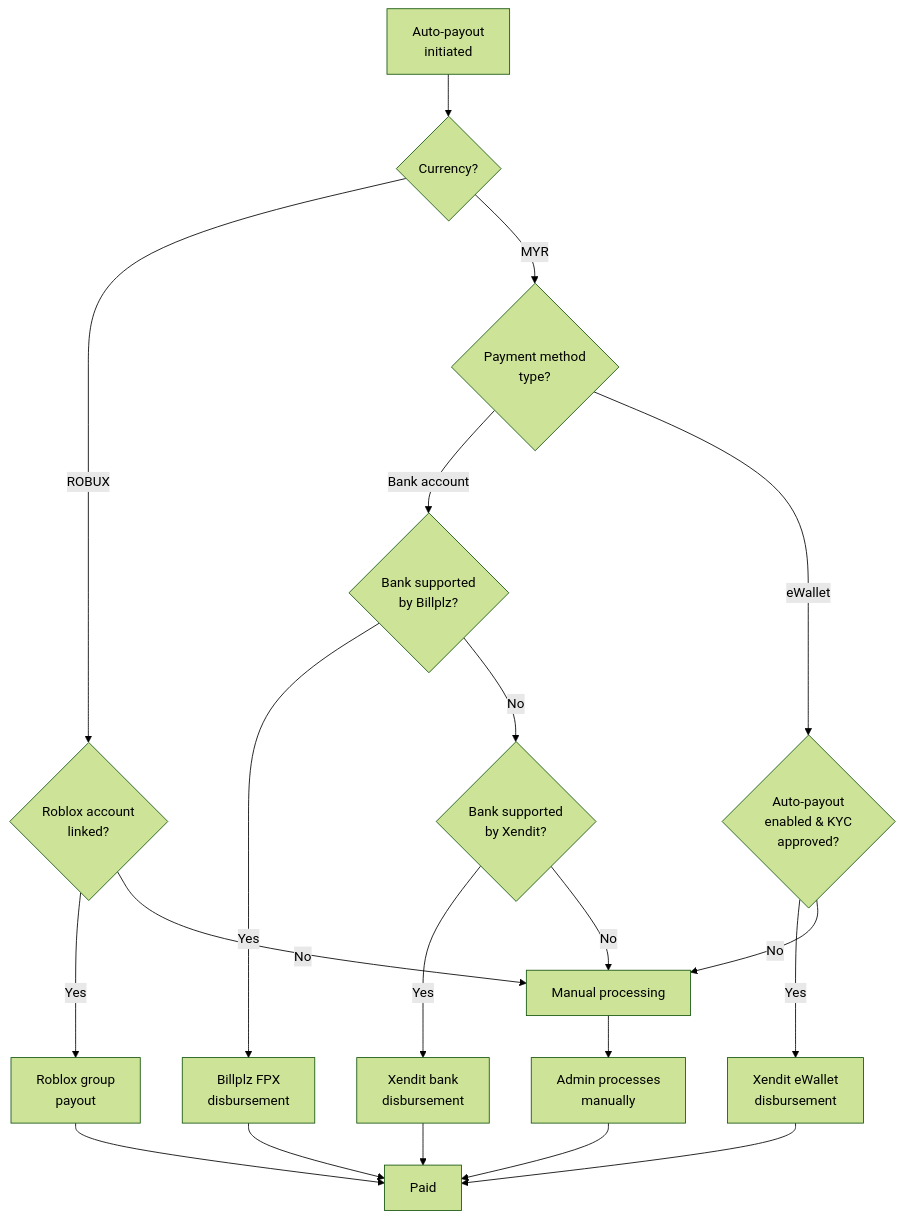
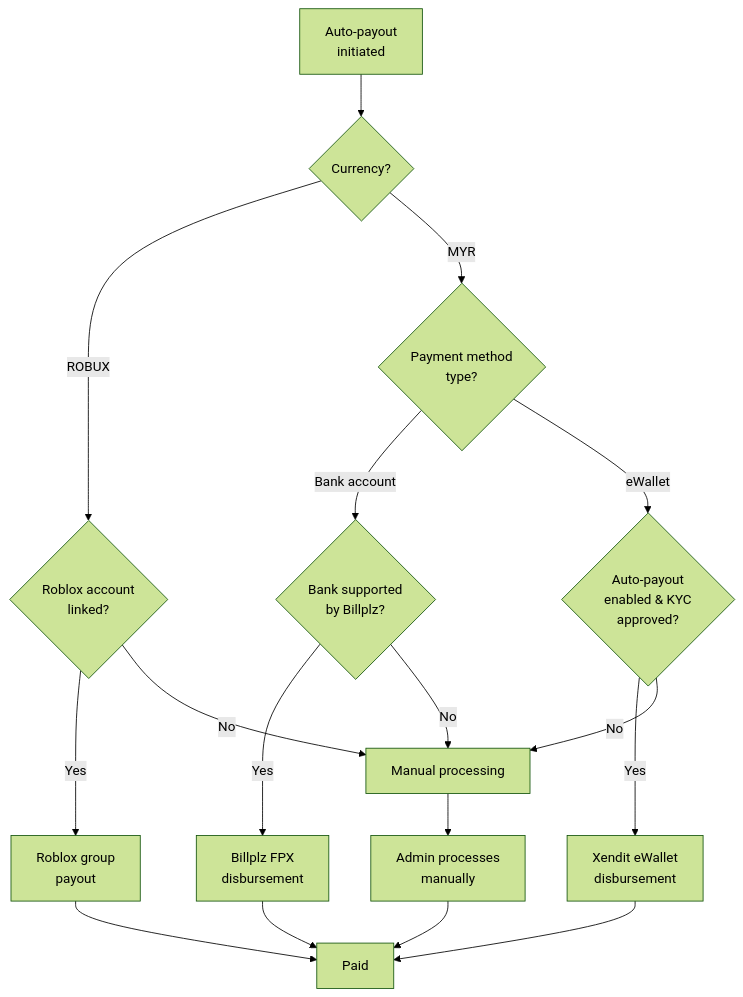
The second of 3 diagrams in src/documents/payment-flow.md (mysverse/devhub), drawn with Mermaid (forest theme) before and after one commit. The commit also changed other lines of this file and 5 other files, not shown here.

````diff
--- a/src/documents/payment-flow.md
+++ b/src/documents/payment-flow.md
@@ -40,22 +40,19 @@
 ```mermaid
 flowchart TD
     A[Auto-payout<br/>initiated] --> B{Currency?}
     B -->|ROBUX| C{Roblox account<br/>linked?}
     C -->|Yes| D[Roblox group<br/>payout]
     C -->|No| E[Manual processing]
     B -->|MYR| F{Payment method<br/>type?}
     F -->|Bank account| G{Bank supported<br/>by Billplz?}
     G -->|Yes| H[Billplz FPX<br/>disbursement]
-    G -->|No| I{Bank supported<br/>by Xendit?}
-    I -->|Yes| J[Xendit bank<br/>disbursement]
-    I -->|No| E
+    G -->|No| E
     F -->|eWallet| K{Auto-payout<br/>enabled & KYC<br/>approved?}
     K -->|Yes| L[Xendit eWallet<br/>disbursement]
     K -->|No| E
     H --> M[Paid]
-    J --> M
     L --> M
     D --> M
     E --> N[Admin processes<br/>manually]
     N --> M
 ```
````
